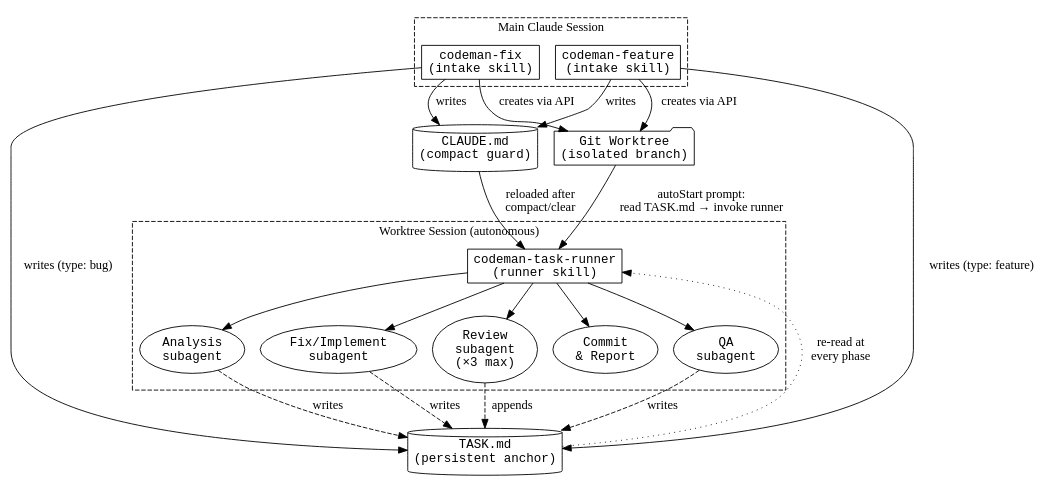
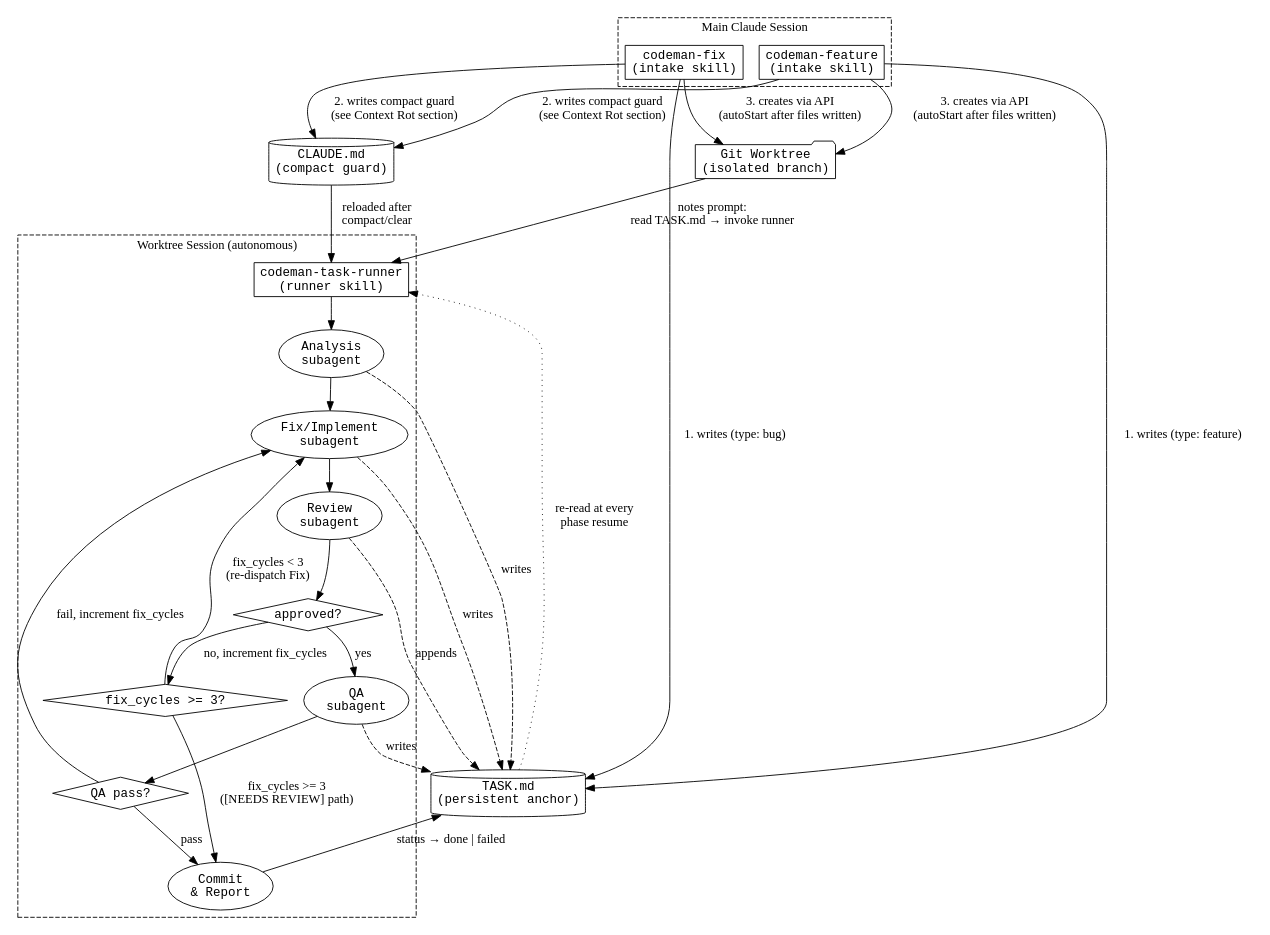
Before and after one commit to SGudbrandsson/Codeman: the diagram in docs/superpowers/specs/2026-03-14-codeman-task-workflow-design.md, drawn with Graphviz. The commit also changed other lines of this file, not shown here.

Commit message:
docs(spec): address reviewer feedback — fix_cycles counter, timing race, escalation, diagram loop

````diff
--- a/docs/superpowers/specs/2026-03-14-codeman-task-workflow-design.md
+++ b/docs/superpowers/specs/2026-03-14-codeman-task-workflow-design.md
@@ -29,51 +29,71 @@
 ```dot
 digraph task_workflow {
     rankdir=TB;
     node [shape=box, fontname="monospace"];
 
     subgraph cluster_main {
         label="Main Claude Session";
         style=dashed;
         fix_intake   [label="codeman-fix\n(intake skill)"];
         feat_intake  [label="codeman-feature\n(intake skill)"];
     }
 
     subgraph cluster_worktree {
         label="Worktree Session (autonomous)";
         style=dashed;
         runner    [label="codeman-task-runner\n(runner skill)"];
         analysis  [label="Analysis\nsubagent", shape=ellipse];
         fix       [label="Fix/Implement\nsubagent", shape=ellipse];
-        review    [label="Review\nsubagent\n(×3 max)", shape=ellipse];
+        review    [label="Review\nsubagent", shape=ellipse];
         qa        [label="QA\nsubagent", shape=ellipse];
         commit    [label="Commit\n& Report", shape=ellipse];
+
+        review_pass [label="approved?", shape=diamond];
+        qa_pass     [label="QA pass?", shape=diamond];
+        attempts    [label="fix_cycles >= 3?", shape=diamond];
     }
 
     task_md   [label="TASK.md\n(persistent anchor)", shape=cylinder];
     claude_md [label="CLAUDE.md\n(compact guard)", shape=cylinder];
     worktree  [label="Git Worktree\n(isolated branch)", shape=folder];
 
-    fix_intake  -> worktree  [label="creates via API"];
-    feat_intake -> worktree  [label="creates via API"];
-    fix_intake  -> task_md   [label="writes (type: bug)"];
-    feat_intake -> task_md   [label="writes (type: feature)"];
-    fix_intake  -> claude_md [label="writes"];
-    feat_intake -> claude_md [label="writes"];
+    // Intake → worktree setup (files written BEFORE API call)
+    fix_intake  -> task_md   [label="1. writes (type: bug)"];
+    feat_intake -> task_md   [label="1. writes (type: feature)"];
+    fix_intake  -> claude_md [label="2. writes compact guard\n(see Context Rot section)"];
+    feat_intake -> claude_md [label="2. writes compact guard\n(see Context Rot section)"];
+    fix_intake  -> worktree  [label="3. creates via API\n(autoStart after files written)"];
+    feat_intake -> worktree  [label="3. creates via API\n(autoStart after files written)"];
 
-    worktree  -> runner   [label="autoStart prompt:\nread TASK.md → invoke runner"];
+    // Session startup
+    worktree  -> runner   [label="notes prompt:\nread TASK.md → invoke runner"];
     claude_md -> runner   [label="reloaded after\ncompact/clear"];
 
+    // Runner dispatches phases
     runner -> analysis;
-    runner -> fix;
-    runner -> review;
-    runner -> qa;
-    runner -> commit;
+    analysis -> fix;
 
+    // Review loop
+    fix -> review;
+    review -> review_pass;
+    review_pass -> qa         [label="yes"];
+    review_pass -> attempts   [label="no, increment fix_cycles"];
+    attempts -> fix           [label="fix_cycles < 3\n(re-dispatch Fix)"];
+    attempts -> commit        [label="fix_cycles >= 3\n([NEEDS REVIEW] path)"];
+
+    // QA
+    qa -> qa_pass;
+    qa_pass -> commit         [label="pass"];
+    qa_pass -> fix            [label="fail, increment fix_cycles"];
+
+    // Commit
+    commit -> task_md         [label="status → done | failed"];
+
+    // TASK.md read/write
     analysis -> task_md  [label="writes", style=dashed];
     fix      -> task_md  [label="writes", style=dashed];
     review   -> task_md  [label="appends", style=dashed];
     qa       -> task_md  [label="writes", style=dashed];
-
-    task_md -> runner    [label="re-read at\nevery phase", style=dotted];
+    task_md  -> runner   [label="re-read at every\nphase resume", style=dotted];
 }
 ```
````
